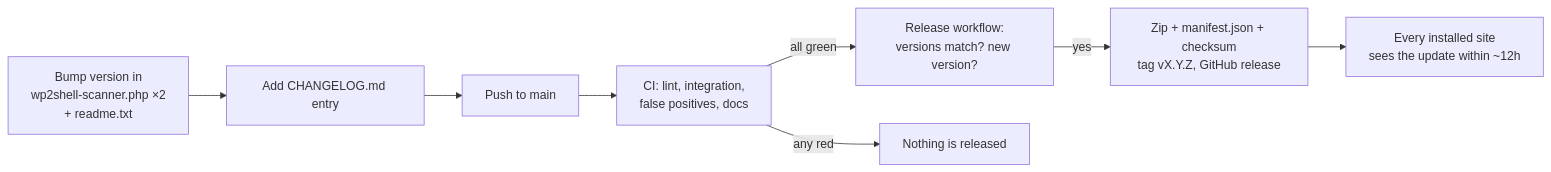
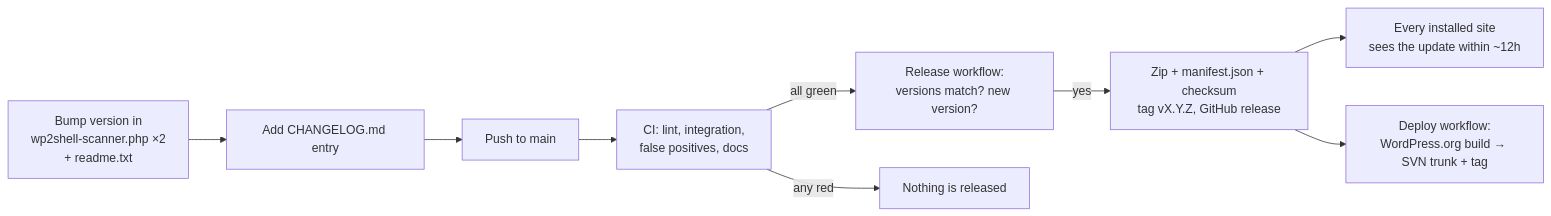
Diagram 17 of 17 in README.md (CptNope/JAT-Shell-Scanner), drawn with Mermaid before and after one commit. The commit also changed other lines of this file and 21 other files, not shown here.

First line of the commit message:
Prepare a WordPress.org edition (1.4.0)

````diff
--- a/README.md
+++ b/README.md
@@ -1081,10 +1094,11 @@
 ```mermaid
 flowchart LR
     A["Bump version in<br/>wp2shell-scanner.php ×2<br/>+ readme.txt"] --> B["Add CHANGELOG.md entry"]
     B --> C["Push to main"]
     C --> D["CI: lint, integration,<br/>false positives, docs"]
     D -- all green --> E["Release workflow:<br/>versions match? new version?"]
     E -- yes --> F["Zip + manifest.json + checksum<br/>tag vX.Y.Z, GitHub release"]
     F --> G["Every installed site<br/>sees the update within ~12h"]
+    F --> I["Deploy workflow:<br/>WordPress.org build → SVN trunk + tag"]
     D -- any red --> H["Nothing is released"]
 ```
````
